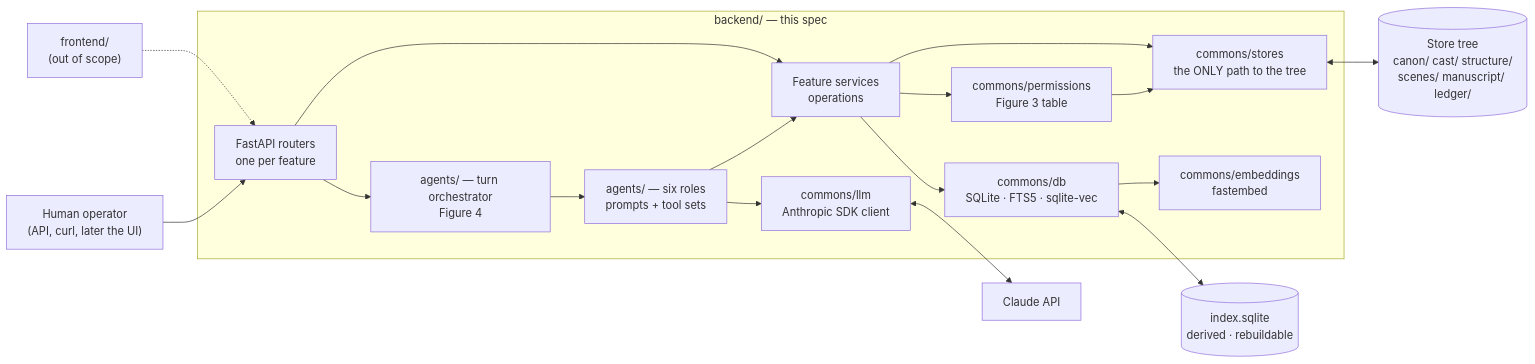
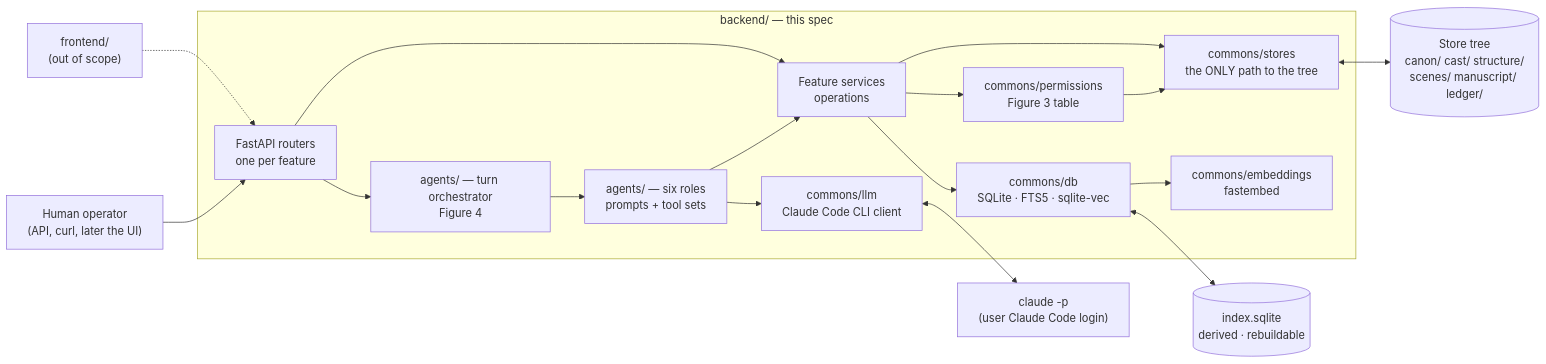
One commit to ignacio-hurtado-qaracter/My-Story-Marker changed the first of 3 diagrams in specs/001-backend-foundation.md. Above: the diagram before and after it, drawn with Mermaid. The commit also changed other lines of this file, not shown here.

````diff
--- a/specs/001-backend-foundation.md
+++ b/specs/001-backend-foundation.md
@@ -65,35 +75,35 @@
 ```mermaid
 flowchart LR
   FE["frontend/<br/>(out of scope)"]
   OP["Human operator<br/>(API, curl, later the UI)"]
   subgraph BE["backend/ — this spec"]
     API["FastAPI routers<br/>one per feature"]
     TURN["agents/ — turn orchestrator<br/>Figure 4"]
     ROLES["agents/ — six roles<br/>prompts + tool sets"]
     SVC["Feature services<br/>operations"]
     PERM["commons/permissions<br/>Figure 3 table"]
     ST["commons/stores<br/>the ONLY path to the tree"]
     DB["commons/db<br/>SQLite · FTS5 · sqlite-vec"]
     EMB["commons/embeddings<br/>fastembed"]
-    LLM["commons/llm<br/>Anthropic SDK client"]
+    LLM["commons/llm<br/>Claude Code CLI client"]
   end
   TREE[("Store tree<br/>canon/ cast/ structure/<br/>scenes/ manuscript/ ledger/")]
   IDX[("index.sqlite<br/>derived · rebuildable")]
-  CLAUDE["Claude API"]
+  CLAUDE["claude -p<br/>(user Claude Code login)"]
 
   FE -.-> API
   OP --> API
   API --> SVC
   API --> TURN
   TURN --> ROLES
   ROLES --> LLM
   ROLES --> SVC
   SVC --> PERM
   SVC --> ST
   SVC --> DB
   DB --> EMB
   PERM --> ST
   ST <--> TREE
   DB <--> IDX
   LLM <--> CLAUDE
 ```
````
